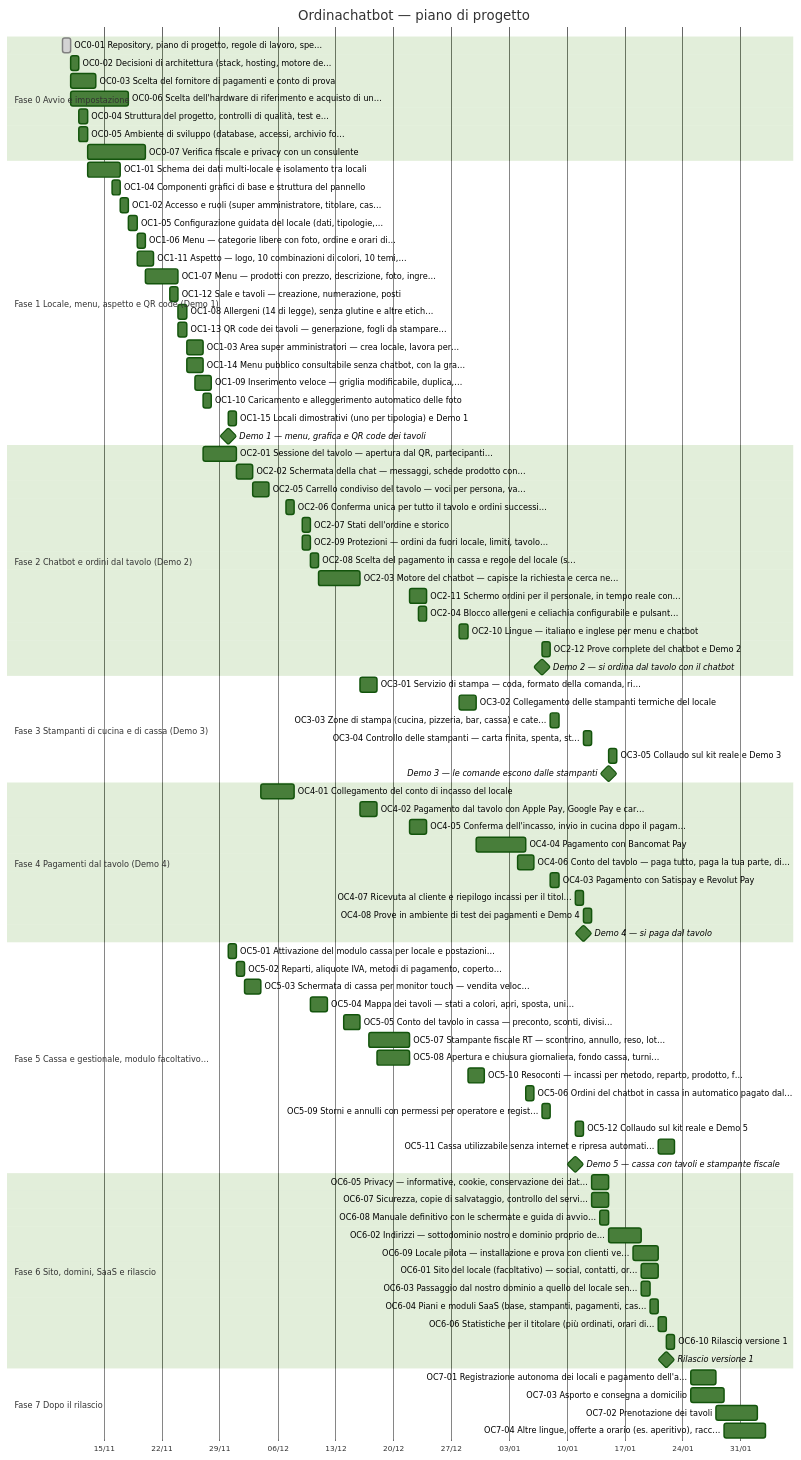
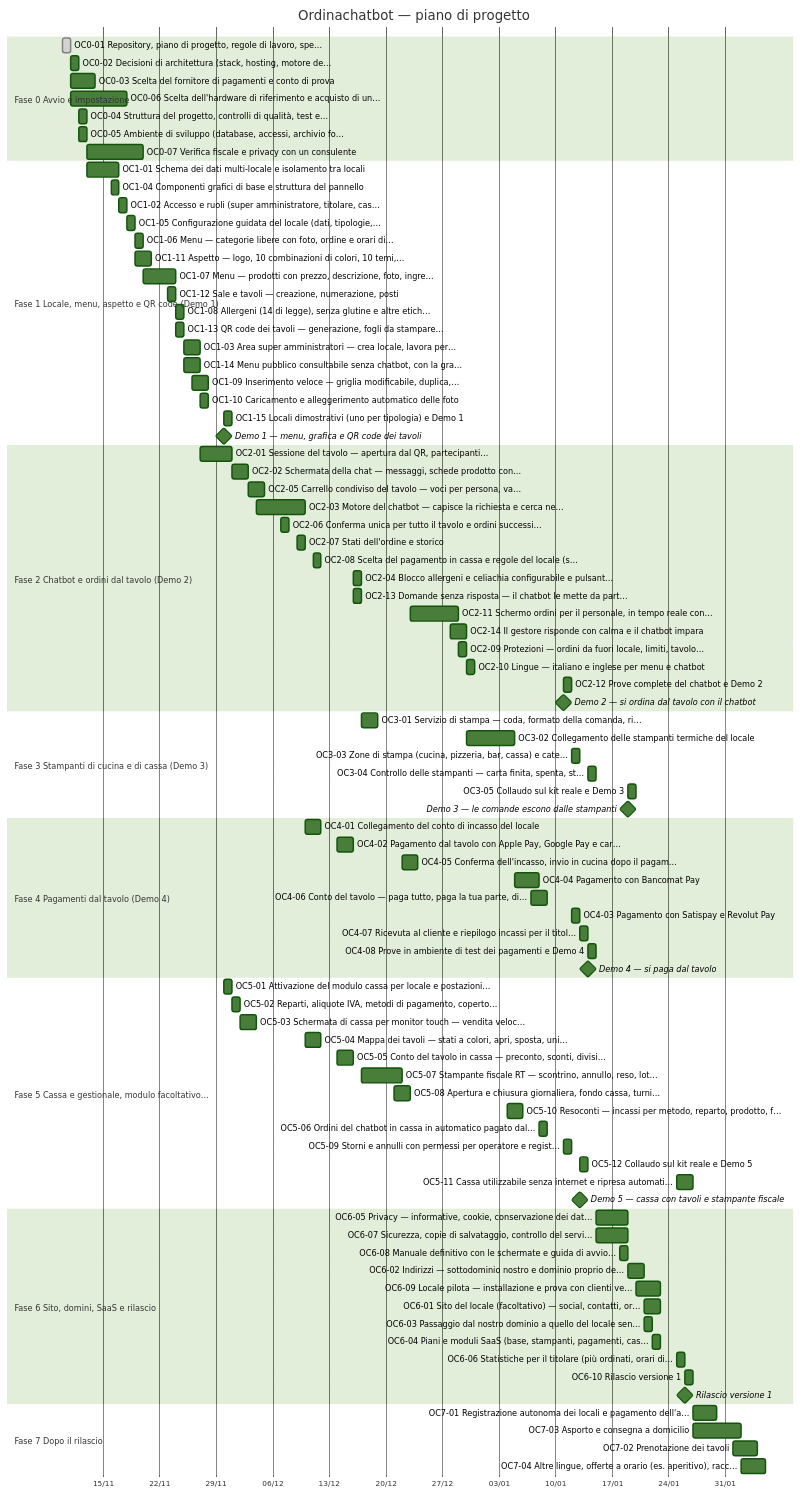
The diagram in docs/GANTT.md (a2digitalsolutions/ordinachatbot), drawn with Mermaid (forest theme) before and after one commit. The commit also changed other lines of this file and 5 other files, not shown here.

First line of the commit message:
Specifiche: varianti e aggiunte con prezzi, chatbot che impara dal gestore, formato italiano

````diff
--- a/docs/GANTT.md
+++ b/docs/GANTT.md
@@ -38,33 +38,35 @@
     OC2-01 Sessione del tavolo — apertura dal QR, partecipanti… :oc2_01, 2026-11-27, 2026-12-01
     OC2-02 Schermata della chat — messaggi, schede prodotto con… :oc2_02, 2026-12-01, 2026-12-03
     OC2-05 Carrello condiviso del tavolo — voci per persona, va… :oc2_05, 2026-12-03, 2026-12-05
+    OC2-03 Motore del chatbot — capisce la richiesta e cerca ne… :oc2_03, 2026-12-04, 2026-12-10
     OC2-06 Conferma unica per tutto il tavolo e ordini successi… :oc2_06, 2026-12-07, 2026-12-08
     OC2-07 Stati dell'ordine e storico :oc2_07, 2026-12-09, 2026-12-10
-    OC2-09 Protezioni — ordini da fuori locale, limiti, tavolo… :oc2_09, 2026-12-09, 2026-12-10
-    OC2-08 Scelta del pagamento in cassa e regole del locale (s… :oc2_08, 2026-12-10, 2026-12-11
-    OC2-03 Motore del chatbot — capisce la richiesta e cerca ne… :oc2_03, 2026-12-11, 2026-12-16
-    OC2-11 Schermo ordini per il personale, in tempo reale con… :oc2_11, 2026-12-22, 2026-12-24
-    OC2-04 Blocco allergeni e celiachia configurabile e pulsant… :oc2_04, 2026-12-23, 2026-12-24
-    OC2-10 Lingue — italiano e inglese per menu e chatbot :oc2_10, 2026-12-28, 2026-12-29
-    OC2-12 Prove complete del chatbot e Demo 2 :oc2_12, 2027-01-07, 2027-01-08
-    Demo 2 — si ordina dal tavolo con il chatbot :milestone, m2, 2027-01-07, 0d
+    OC2-08 Scelta del pagamento in cassa e regole del locale (s… :oc2_08, 2026-12-11, 2026-12-12
+    OC2-04 Blocco allergeni e celiachia configurabile e pulsant… :oc2_04, 2026-12-16, 2026-12-17
+    OC2-13 Domande senza risposta — il chatbot le mette da part… :oc2_13, 2026-12-16, 2026-12-17
+    OC2-11 Schermo ordini per il personale, in tempo reale con… :oc2_11, 2026-12-23, 2026-12-29
+    OC2-14 Il gestore risponde con calma e il chatbot impara :oc2_14, 2026-12-28, 2026-12-30
+    OC2-09 Protezioni — ordini da fuori locale, limiti, tavolo… :oc2_09, 2026-12-29, 2026-12-30
+    OC2-10 Lingue — italiano e inglese per menu e chatbot :oc2_10, 2026-12-30, 2026-12-31
+    OC2-12 Prove complete del chatbot e Demo 2 :oc2_12, 2027-01-11, 2027-01-12
+    Demo 2 — si ordina dal tavolo con il chatbot :milestone, m2, 2027-01-11, 0d
     section Fase 3 Stampanti di cucina e di cassa (Demo 3)
-    OC3-01 Servizio di stampa — coda, formato della comanda, ri… :oc3_01, 2026-12-16, 2026-12-18
-    OC3-02 Collegamento delle stampanti termiche del locale :oc3_02, 2026-12-28, 2026-12-30
-    OC3-03 Zone di stampa (cucina, pizzeria, bar, cassa) e cate… :oc3_03, 2027-01-08, 2027-01-09
-    OC3-04 Controllo delle stampanti — carta finita, spenta, st… :oc3_04, 2027-01-12, 2027-01-13
-    OC3-05 Collaudo sul kit reale e Demo 3 :oc3_05, 2027-01-15, 2027-01-16
-    Demo 3 — le comande escono dalle stampanti :milestone, m3, 2027-01-15, 0d
+    OC3-01 Servizio di stampa — coda, formato della comanda, ri… :oc3_01, 2026-12-17, 2026-12-19
+    OC3-02 Collegamento delle stampanti termiche del locale :oc3_02, 2026-12-30, 2027-01-05
+    OC3-03 Zone di stampa (cucina, pizzeria, bar, cassa) e cate… :oc3_03, 2027-01-12, 2027-01-13
+    OC3-04 Controllo delle stampanti — carta finita, spenta, st… :oc3_04, 2027-01-14, 2027-01-15
+    OC3-05 Collaudo sul kit reale e Demo 3 :oc3_05, 2027-01-19, 2027-01-20
+    Demo 3 — le comande escono dalle stampanti :milestone, m3, 2027-01-19, 0d
     section Fase 4 Pagamenti dal tavolo (Demo 4)
-    OC4-01 Collegamento del conto di incasso del locale :oc4_01, 2026-12-04, 2026-12-08
-    OC4-02 Pagamento dal tavolo con Apple Pay, Google Pay e car… :oc4_02, 2026-12-16, 2026-12-18
+    OC4-01 Collegamento del conto di incasso del locale :oc4_01, 2026-12-10, 2026-12-12
+    OC4-02 Pagamento dal tavolo con Apple Pay, Google Pay e car… :oc4_02, 2026-12-14, 2026-12-16
     OC4-05 Conferma dell'incasso, invio in cucina dopo il pagam… :oc4_05, 2026-12-22, 2026-12-24
-    OC4-04 Pagamento con Bancomat Pay :oc4_04, 2026-12-30, 2027-01-05
-    OC4-06 Conto del tavolo — paga tutto, paga la tua parte, di… :oc4_06, 2027-01-04, 2027-01-06
-    OC4-03 Pagamento con Satispay e Revolut Pay :oc4_03, 2027-01-08, 2027-01-09
-    OC4-07 Ricevuta al cliente e riepilogo incassi per il titol… :oc4_07, 2027-01-11, 2027-01-12
-    OC4-08 Prove in ambiente di test dei pagamenti e Demo 4 :oc4_08, 2027-01-12, 2027-01-13
-    Demo 4 — si paga dal tavolo :milestone, m4, 2027-01-12, 0d
+    OC4-04 Pagamento con Bancomat Pay :oc4_04, 2027-01-05, 2027-01-08
+    OC4-06 Conto del tavolo — paga tutto, paga la tua parte, di… :oc4_06, 2027-01-07, 2027-01-09
+    OC4-03 Pagamento con Satispay e Revolut Pay :oc4_03, 2027-01-12, 2027-01-13
+    OC4-07 Ricevuta al cliente e riepilogo incassi per il titol… :oc4_07, 2027-01-13, 2027-01-14
+    OC4-08 Prove in ambiente di test dei pagamenti e Demo 4 :oc4_08, 2027-01-14, 2027-01-15
+    Demo 4 — si paga dal tavolo :milestone, m4, 2027-01-14, 0d
     section Fase 5 Cassa e gestionale, modulo facoltativo…
     OC5-01 Attivazione del modulo cassa per locale e postazioni… :oc5_01, 2026-11-30, 2026-12-01
     OC5-02 Reparti, aliquote IVA, metodi di pagamento, coperto… :oc5_02, 2026-12-01, 2026-12-02
@@ -72,28 +74,28 @@
     OC5-04 Mappa dei tavoli — stati a colori, apri, sposta, uni… :oc5_04, 2026-12-10, 2026-12-12
     OC5-05 Conto del tavolo in cassa — preconto, sconti, divisi… :oc5_05, 2026-12-14, 2026-12-16
     OC5-07 Stampante fiscale RT — scontrino, annullo, reso, lot… :oc5_07, 2026-12-17, 2026-12-22
-    OC5-08 Apertura e chiusura giornaliera, fondo cassa, turni… :oc5_08, 2026-12-18, 2026-12-22
-    OC5-10 Resoconti — incassi per metodo, reparto, prodotto, f… :oc5_10, 2026-12-29, 2026-12-31
-    OC5-06 Ordini del chatbot in cassa in automatico pagato dal… :oc5_06, 2027-01-05, 2027-01-06
-    OC5-09 Storni e annulli con permessi per operatore e regist… :oc5_09, 2027-01-07, 2027-01-08
-    OC5-12 Collaudo sul kit reale e Demo 5 :oc5_12, 2027-01-11, 2027-01-12
-    OC5-11 Cassa utilizzabile senza internet e ripresa automati… :oc5_11, 2027-01-21, 2027-01-23
-    Demo 5 — cassa con tavoli e stampante fiscale :milestone, m5, 2027-01-11, 0d
+    OC5-08 Apertura e chiusura giornaliera, fondo cassa, turni… :oc5_08, 2026-12-21, 2026-12-23
+    OC5-10 Resoconti — incassi per metodo, reparto, prodotto, f… :oc5_10, 2027-01-04, 2027-01-06
+    OC5-06 Ordini del chatbot in cassa in automatico pagato dal… :oc5_06, 2027-01-08, 2027-01-09
+    OC5-09 Storni e annulli con permessi per operatore e regist… :oc5_09, 2027-01-11, 2027-01-12
+    OC5-12 Collaudo sul kit reale e Demo 5 :oc5_12, 2027-01-13, 2027-01-14
+    OC5-11 Cassa utilizzabile senza internet e ripresa automati… :oc5_11, 2027-01-25, 2027-01-27
+    Demo 5 — cassa con tavoli e stampante fiscale :milestone, m5, 2027-01-13, 0d
     section Fase 6 Sito, domini, SaaS e rilascio
-    OC6-05 Privacy — informative, cookie, conservazione dei dat… :oc6_05, 2027-01-13, 2027-01-15
-    OC6-07 Sicurezza, copie di salvataggio, controllo del servi… :oc6_07, 2027-01-13, 2027-01-15
-    OC6-08 Manuale definitivo con le schermate e guida di avvio… :oc6_08, 2027-01-14, 2027-01-15
-    OC6-02 Indirizzi — sottodominio nostro e dominio proprio de… :oc6_02, 2027-01-15, 2027-01-19
-    OC6-09 Locale pilota — installazione e prova con clienti ve… :oc6_09, 2027-01-18, 2027-01-21
-    OC6-01 Sito del locale (facoltativo) — social, contatti, or… :oc6_01, 2027-01-19, 2027-01-21
-    OC6-03 Passaggio dal nostro dominio a quello del locale sen… :oc6_03, 2027-01-19, 2027-01-20
-    OC6-04 Piani e moduli SaaS (base, stampanti, pagamenti, cas… :oc6_04, 2027-01-20, 2027-01-21
-    OC6-06 Statistiche per il titolare (più ordinati, orari di… :oc6_06, 2027-01-21, 2027-01-22
-    OC6-10 Rilascio versione 1 :oc6_10, 2027-01-22, 2027-01-23
-    Rilascio versione 1 :milestone, m6, 2027-01-22, 0d
+    OC6-05 Privacy — informative, cookie, conservazione dei dat… :oc6_05, 2027-01-15, 2027-01-19
+    OC6-07 Sicurezza, copie di salvataggio, controllo del servi… :oc6_07, 2027-01-15, 2027-01-19
+    OC6-08 Manuale definitivo con le schermate e guida di avvio… :oc6_08, 2027-01-18, 2027-01-19
+    OC6-02 Indirizzi — sottodominio nostro e dominio proprio de… :oc6_02, 2027-01-19, 2027-01-21
+    OC6-09 Locale pilota — installazione e prova con clienti ve… :oc6_09, 2027-01-20, 2027-01-23
+    OC6-01 Sito del locale (facoltativo) — social, contatti, or… :oc6_01, 2027-01-21, 2027-01-23
+    OC6-03 Passaggio dal nostro dominio a quello del locale sen… :oc6_03, 2027-01-21, 2027-01-22
+    OC6-04 Piani e moduli SaaS (base, stampanti, pagamenti, cas… :oc6_04, 2027-01-22, 2027-01-23
+    OC6-06 Statistiche per il titolare (più ordinati, orari di… :oc6_06, 2027-01-25, 2027-01-26
+    OC6-10 Rilascio versione 1 :oc6_10, 2027-01-26, 2027-01-27
+    Rilascio versione 1 :milestone, m6, 2027-01-26, 0d
     section Fase 7 Dopo il rilascio
-    OC7-01 Registrazione autonoma dei locali e pagamento dell'a… :oc7_01, 2027-01-25, 2027-01-28
-    OC7-03 Asporto e consegna a domicilio :oc7_03, 2027-01-25, 2027-01-29
-    OC7-02 Prenotazione dei tavoli :oc7_02, 2027-01-28, 2027-02-02
-    OC7-04 Altre lingue, offerte a orario (es. aperitivo), racc… :oc7_04, 2027-01-29, 2027-02-03
+    OC7-01 Registrazione autonoma dei locali e pagamento dell'a… :oc7_01, 2027-01-27, 2027-01-30
+    OC7-03 Asporto e consegna a domicilio :oc7_03, 2027-01-27, 2027-02-02
+    OC7-02 Prenotazione dei tavoli :oc7_02, 2027-02-01, 2027-02-04
+    OC7-04 Altre lingue, offerte a orario (es. aperitivo), racc… :oc7_04, 2027-02-02, 2027-02-05
 ```
````
